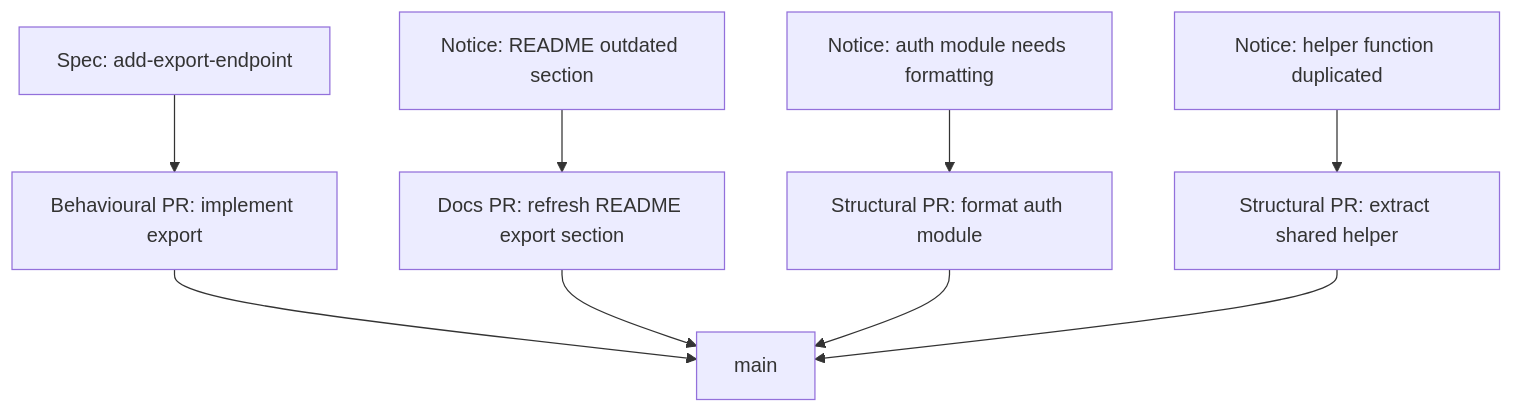
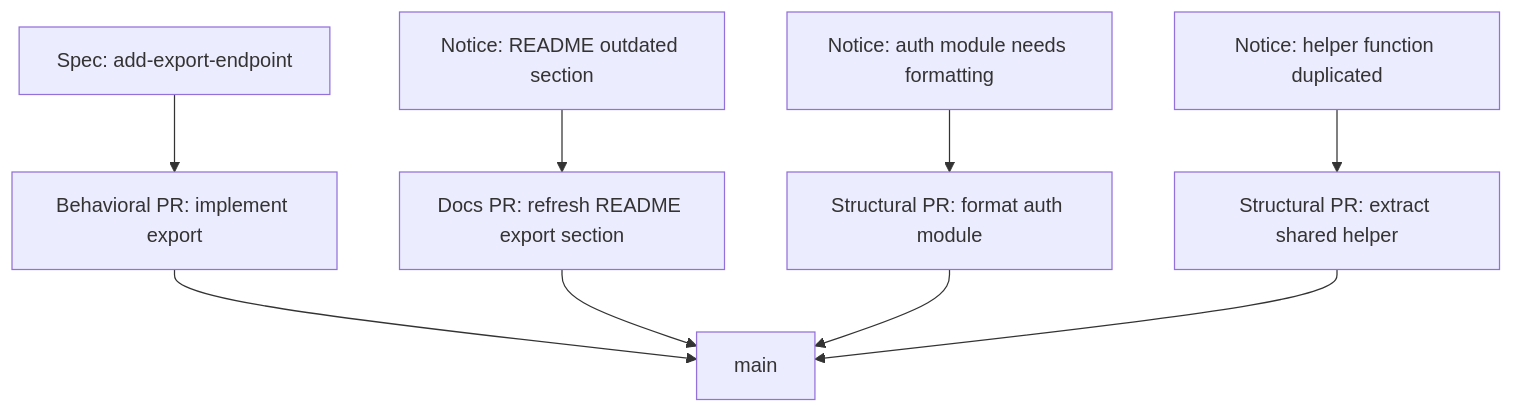
The diagram in content/quality/pr-taxonomy.md (intent-engineering-for-coding-agents/book), drawn with Mermaid before and after one commit. The commit also changed other lines of this file and 54 other files, not shown here.

````diff
--- a/content/quality/pr-taxonomy.md
+++ b/content/quality/pr-taxonomy.md
@@ -43,8 +43,8 @@
 ```mermaid
 graph TD
-  A[Spec: add-export-endpoint] --> B[Behavioural PR: implement export]
+  A[Spec: add-export-endpoint] --> B[Behavioral PR: implement export]
   C[Notice: README outdated section] --> D[Docs PR: refresh README export section]
   E[Notice: auth module needs formatting] --> F[Structural PR: format auth module]
   G[Notice: helper function duplicated] --> H[Structural PR: extract shared helper]
   B & D & F & H --> I[main]
 ```
````
